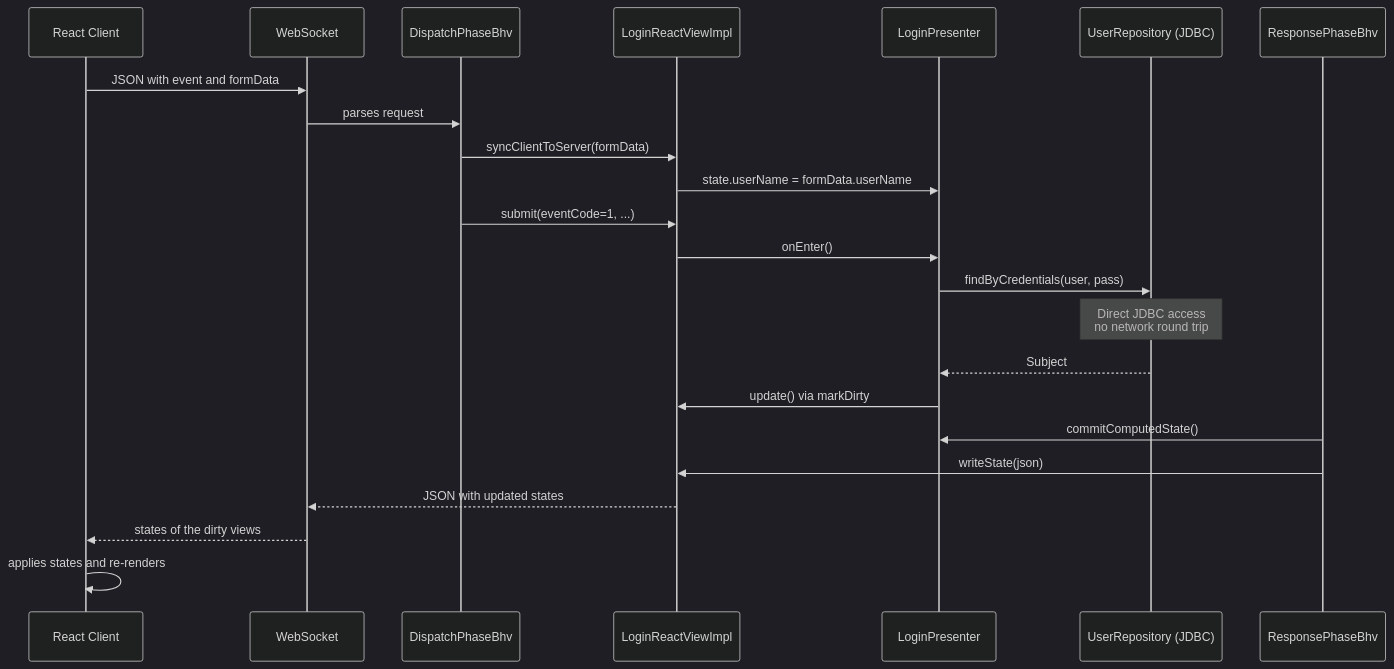
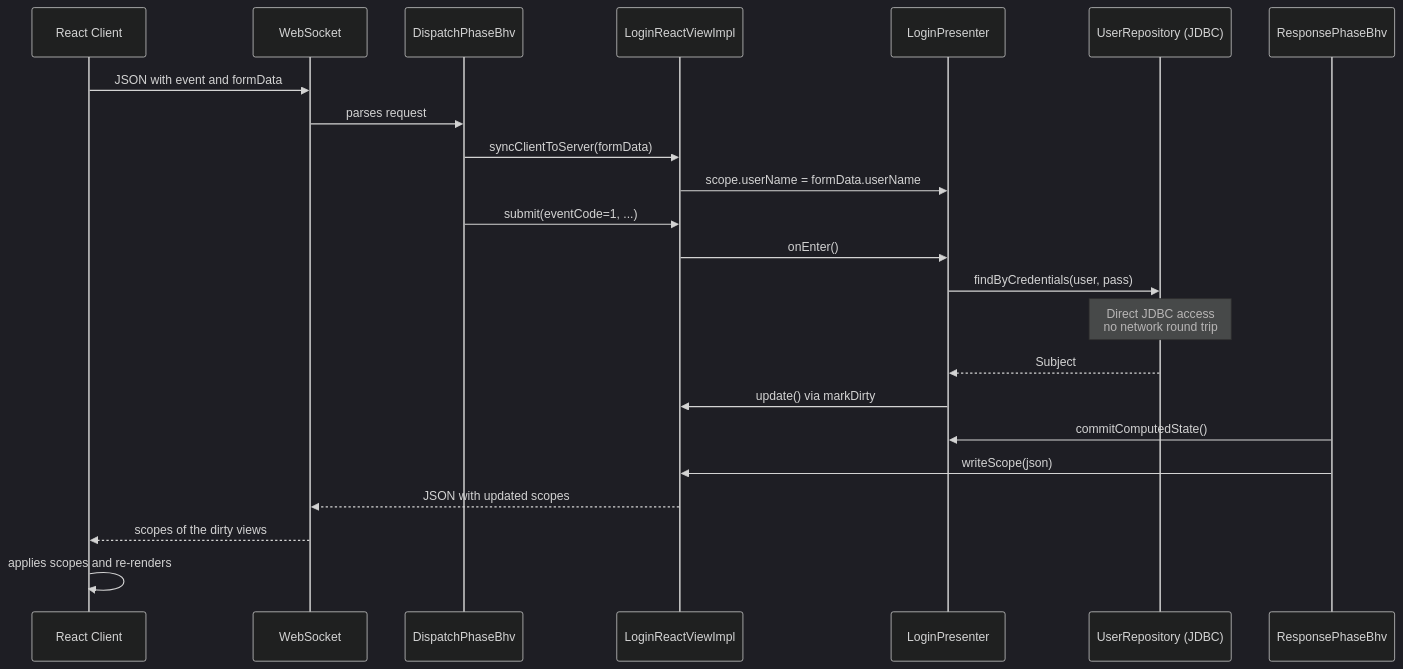
One commit to mrcdom/wdc-cube-kotlin changed the fourth of 9 diagrams in docs/architecture-react.md. Above: the diagram before and after it, drawn with Mermaid (dark theme). The commit also changed other lines of this file and 117 other files, not shown here.

First line of the commit message:
refactor(cube): ViewState becomes Scope, in code, protocol and docs

````diff
--- a/docs/architecture-react.md
+++ b/docs/architecture-react.md
@@ -127,26 +127,26 @@
 ```mermaid
 sequenceDiagram
     participant Browser as React Client
     participant WS as WebSocket
     participant Dispatch as DispatchPhaseBhv
     participant ViewImpl as LoginReactViewImpl
     participant Presenter as LoginPresenter
     participant Repo as UserRepository (JDBC)
     participant Response as ResponsePhaseBhv
 
     Browser->>WS: JSON with event and formData
     WS->>Dispatch: parses request
     Dispatch->>ViewImpl: syncClientToServer(formData)
-    ViewImpl->>Presenter: state.userName = formData.userName
+    ViewImpl->>Presenter: scope.userName = formData.userName
     Dispatch->>ViewImpl: submit(eventCode=1, ...)
     ViewImpl->>Presenter: onEnter()
     Presenter->>Repo: findByCredentials(user, pass)
     Note over Repo: Direct JDBC access<br/>no network round trip
     Repo-->>Presenter: Subject
     Presenter->>ViewImpl: update() via markDirty
     Response->>Presenter: commitComputedState()
-    Response->>ViewImpl: writeState(json)
-    ViewImpl-->>WS: JSON with updated states
-    WS-->>Browser: states of the dirty views
-    Browser->>Browser: applies states and re-renders
+    Response->>ViewImpl: writeScope(json)
+    ViewImpl-->>WS: JSON with updated scopes
+    WS-->>Browser: scopes of the dirty views
+    Browser->>Browser: applies scopes and re-renders
 ```
````
